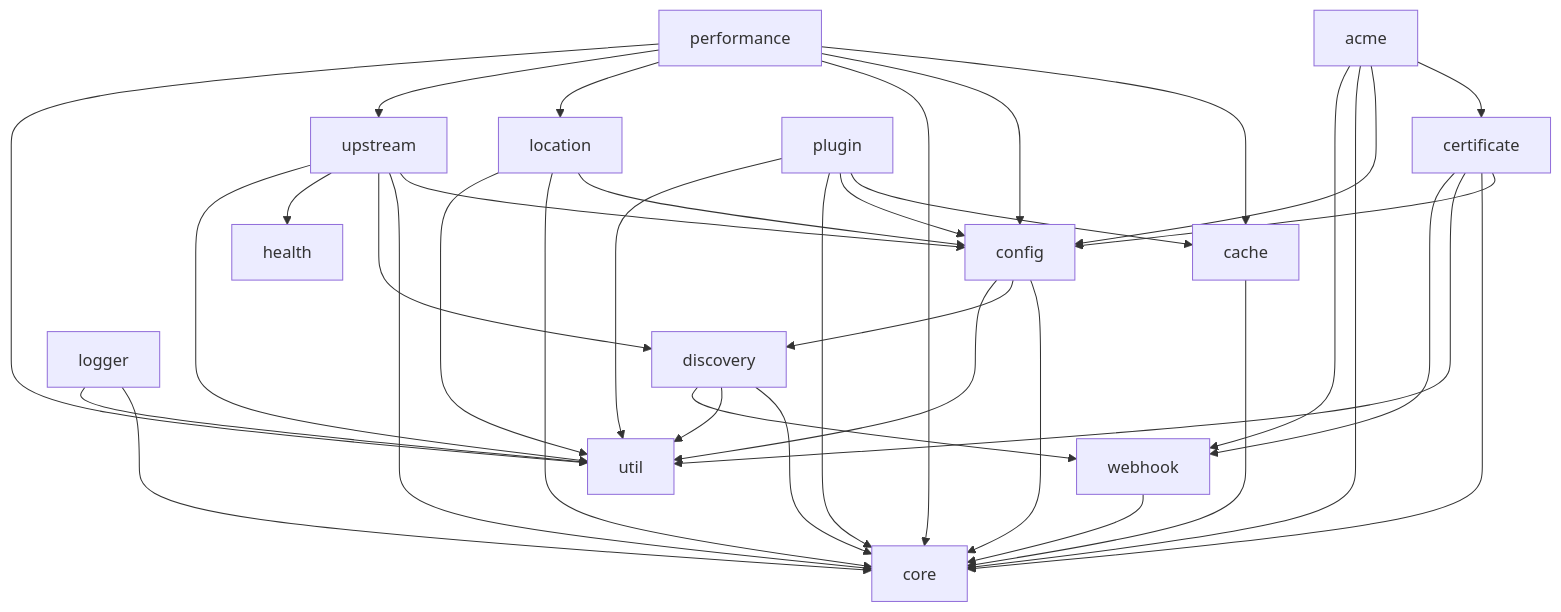
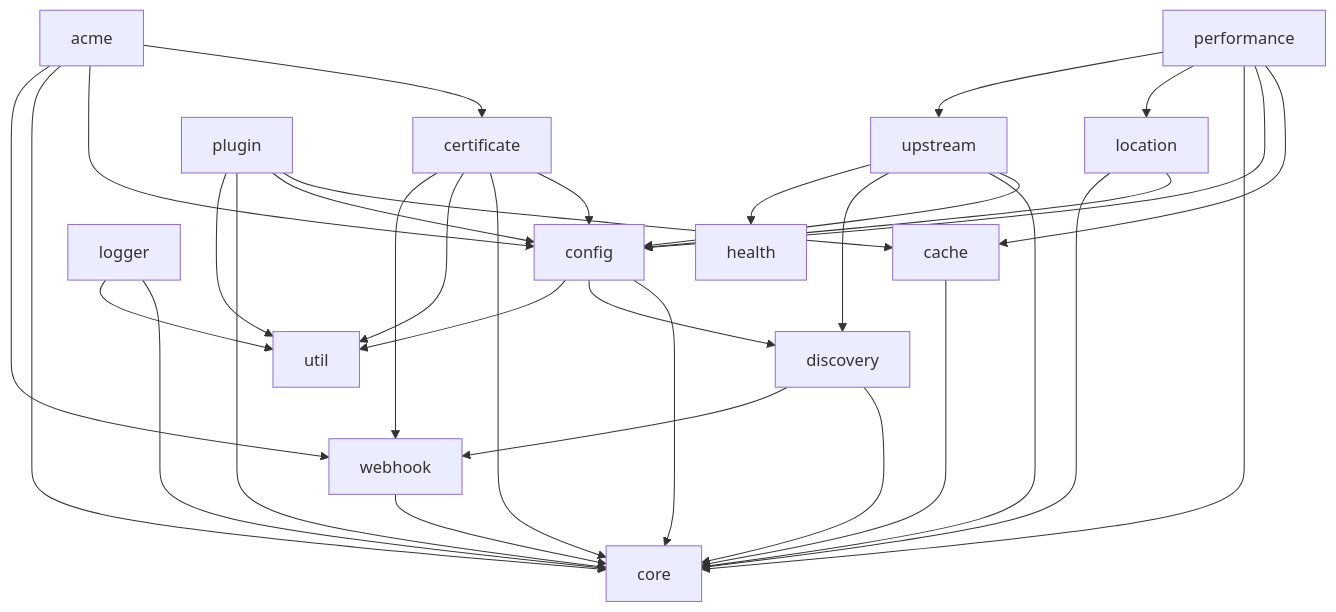
The diagram in docs/modules.md (vicanso/pingap), drawn with Mermaid before and after one commit. The commit also changed 45 other files, not shown here.

Commit message:
refactor: adjust cache, config, discovery, health, location and upsgream

````diff
--- a/docs/modules.md
+++ b/docs/modules.md
@@ -21,49 +21,45 @@
 ```mermaid
 graph TD
     acme --> certificate
     acme --> config
     acme --> core
     acme --> webhook
 
     cache --> core
 
     certificate --> config
     certificate --> core
     certificate --> util
     certificate --> webhook
 
     config --> core
     config --> discovery
     config --> util
 
     discovery --> core
-    discovery --> util
     discovery --> webhook
 
     location --> config
     location --> core
-    location --> util
 
     logger --> core
     logger --> util
 
     performance --> cache
     performance --> config
     performance --> core
     performance --> location
     performance --> upstream
-    performance --> util
 
     plugin --> cache
     plugin --> config
     plugin --> core
     plugin --> util
 
     upstream --> config
     upstream --> core
     upstream --> discovery
     upstream --> health
-    upstream --> util
 
     webhook --> core
 ```
````
